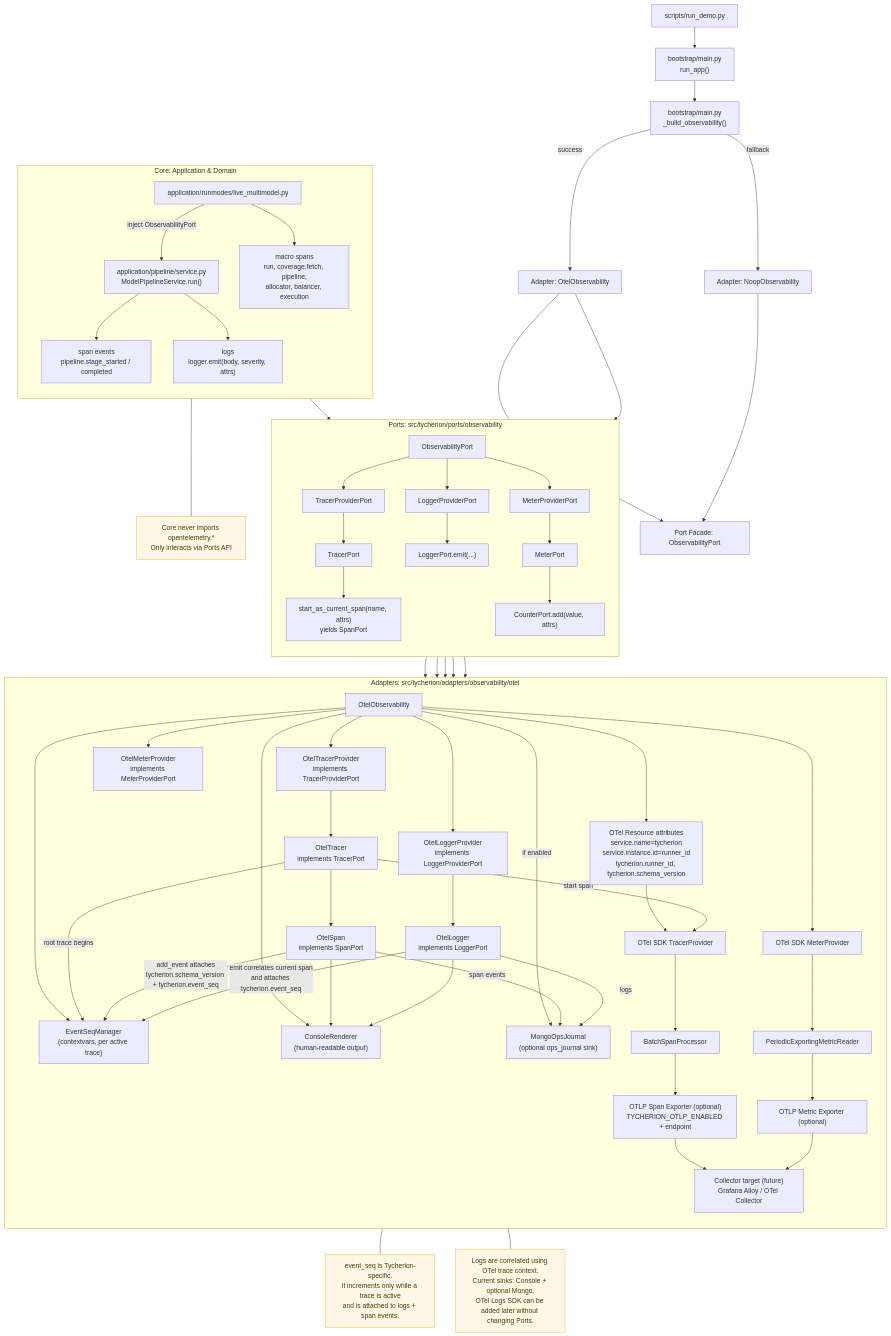
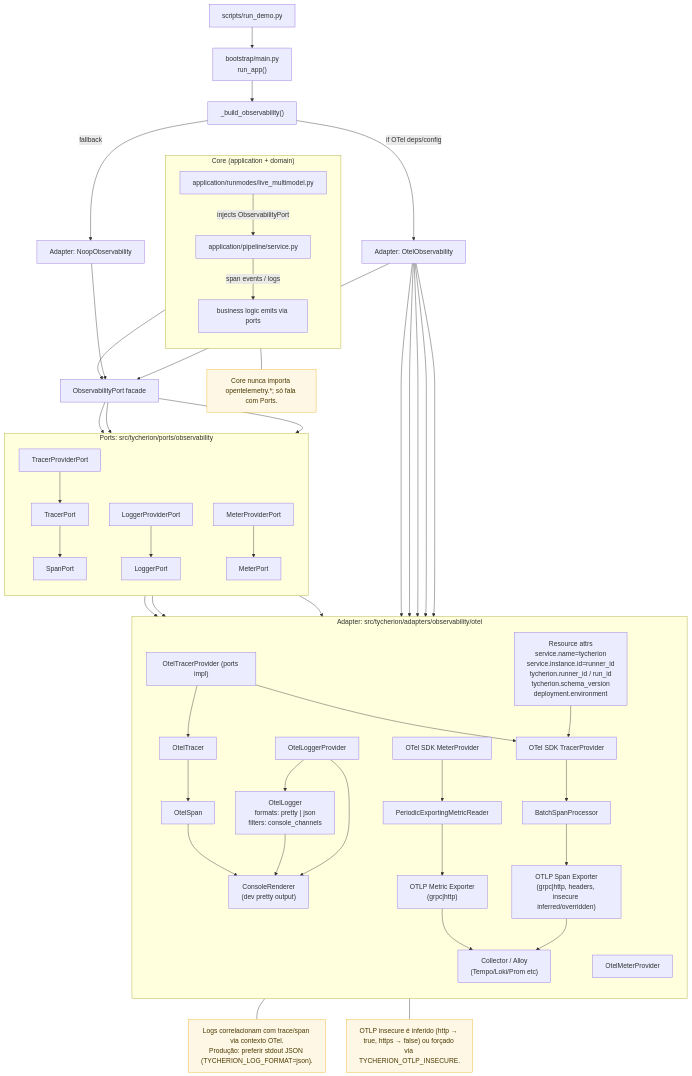
The diagram in tycherion_observability_flow.mmd (HenriqueCotta/Tycherion), drawn with Mermaid before and after one commit. The commit also changed 33 other files, not shown here.

```diff
--- a/tycherion_observability_flow.mmd
+++ b/tycherion_observability_flow.mmd
@@ -1,107 +1,72 @@
 ---
 id: eb18670e-f616-48e5-8b72-28a183db386f
 ---
 flowchart TD
+  %% High-level entry
   A["scripts/run_demo.py"] --> B["bootstrap/main.py<br/>run_app()"]
-  B --> C["bootstrap/main.py<br/>_build_observability()"]
-  C -->|success| D["Adapter: OtelObservability"]
+  B --> C["_build_observability()"]
+  C -->|if OTel deps/config| D["Adapter: OtelObservability"]
   C -->|fallback| Dn["Adapter: NoopObservability"]
-  D --> E["Port Facade: ObservabilityPort"]
-  Dn --> E
+  D --> OP["ObservabilityPort facade"]
+  Dn --> OP
 
-  subgraph CORE["Core: Application & Domain"]
+  %% Core layer (no OTel imports)
+  subgraph CORE["Core (application + domain)"]
     direction TB
-    R["application/runmodes/live_multimodel.py"] -->|inject ObservabilityPort| P["application/pipeline/service.py<br/>ModelPipelineService.run()"]
-    R --> S1["macro spans<br/>run, coverage.fetch, pipeline,<br/>allocator, balancer, execution"]
-    P --> S2["span events<br/>pipeline.stage_started / completed"]
-    P --> L1["logs<br/>logger.emit(body, severity, attrs)"]
+    R["application/runmodes/live_multimodel.py"] -->|injects ObservabilityPort| P["application/pipeline/service.py"]
+    P -->|"span events / logs"| ECORE["business logic emits via ports"]
   end
 
+  %% Ports (stable API)
   subgraph PORTS["Ports: src/tycherion/ports/observability"]
     direction TB
-    OP["ObservabilityPort"]
-    TP["TracerProviderPort"] --> T["TracerPort"] --> SC["start_as_current_span(name, attrs)<br/>yields SpanPort"]
-    LP["LoggerProviderPort"] --> LG["LoggerPort.emit(...)"]
-    MP["MeterProviderPort"] --> M["MeterPort"] --> CTR["CounterPort.add(value, attrs)"]
+    TP["TracerProviderPort"] --> T["TracerPort"] --> SC["SpanPort"]
+    LP["LoggerProviderPort"] --> LG["LoggerPort"]
+    MP["MeterProviderPort"] --> M["MeterPort"]
+  end
+  CORE --> OP
+  OP --> TP & LP & MP
+
+  %% OTel adapter
+  subgraph ADAPTER["Adapter: src/tycherion/adapters/observability/otel"]
+    direction TB
+    RES["Resource attrs<br/>service.name=tycherion<br/>service.instance.id=runner_id<br/>tycherion.runner_id / run_id<br/>tycherion.schema_version<br/>deployment.environment"]
+    SDKTP["OTel SDK TracerProvider"]
+    SDKMP["OTel SDK MeterProvider"]
+    WTP["OtelTracerProvider (ports impl)"] --> WT["OtelTracer"] --> WS["OtelSpan"]
+    WLP["OtelLoggerProvider"] --> WLG["OtelLogger<br/>formats: pretty | json<br/>filters: console_channels"]
+    WMP["OtelMeterProvider"]
+    CON["ConsoleRenderer<br/>(dev pretty output)"]
+    BSP["BatchSpanProcessor"]
+    PMR["PeriodicExportingMetricReader"]
+    OTLP_SPAN["OTLP Span Exporter<br/>(grpc|http, headers, insecure inferred/overridden)"]
+    OTLP_METRIC["OTLP Metric Exporter<br/>(grpc|http)"]
+    COL["Collector / Alloy<br/>(Tempo/Loki/Prom etc)"]
   end
 
-  CORE --> OP
-  OP --> TP
-  OP --> LP
-  OP --> MP
+  %% Wiring inside adapter
+  D --> RES --> SDKTP
+  D --> SDKMP
+  D --> WTP & WLP & WMP
+  WTP --> SDKTP
+  WLP --> CON
+  WLG --> CON
+  WS --> CON
+  SDKTP --> BSP --> OTLP_SPAN --> COL
+  SDKMP --> PMR --> OTLP_METRIC --> COL
 
-  subgraph ADAPTERS["Adapters: src/tycherion/adapters/observability/otel"]
-    direction TB
-
-    D1["OtelObservability"]
-    ES["EventSeqManager<br/>(contextvars, per active trace)"]
-    CON["ConsoleRenderer<br/>(human-readable output)"]
-    MONGO["MongoOpsJournal<br/>(optional ops_journal sink)"]
-
-    RES["OTel Resource attributes<br/>service.name=tycherion<br/>service.instance.id=runner_id<br/>tycherion.runner_id, tycherion.schema_version"]
-    SDKTP["OTel SDK TracerProvider"]
-    SDKMP["OTel SDK MeterProvider"]
-
-    WTP["OtelTracerProvider<br/>implements TracerProviderPort"]
-    WT["OtelTracer<br/>implements TracerPort"]
-    WS["OtelSpan<br/>implements SpanPort"]
-
-    WLP["OtelLoggerProvider<br/>implements LoggerProviderPort"]
-    WLG["OtelLogger<br/>implements LoggerPort"]
-
-    WMP["OtelMeterProvider<br/>implements MeterProviderPort"]
-
-    BSP["BatchSpanProcessor"]
-    OTLP["OTLP Span Exporter (optional)<br/>TYCHERION_OTLP_ENABLED + endpoint"]
-    COL["Collector target (future)<br/>Grafana Alloy / OTel Collector"]
-
-    PMR["PeriodicExportingMetricReader"]
-    OTLPm["OTLP Metric Exporter (optional)"]
-  end
-
-  %% Adapter wiring
-  D1 --> RES --> SDKTP
-  D1 --> SDKMP
-  D1 --> ES
-  D1 --> CON
-  D1 -->|if enabled| MONGO
-
-  %% Providers returned by facade
-  D --> OP
-  D1 --> WTP --> WT --> WS
-  D1 --> WLP --> WLG
-  D1 --> WMP
-
-  %% Core calls through ports
+  %% Core calls through ports -> adapter impl
   TP --> WTP
-  T --> WT
-  SC --> WS
-  LG --> WLG
-  M --> WMP
-
-  %% Trace + event_seq behavior
-  WT -->|start span| SDKTP
-  WT -->|root trace begins| ES
-  WS -->|add_event attaches<br/>tycherion.schema_version + tycherion.event_seq| ES
-  WLG -->|emit correlates current span<br/>and attaches tycherion.event_seq| ES
-
-  %% Fan-out
-  WS --> CON
-  WLG --> CON
-  WS -->|span events| MONGO
-  WLG -->|logs| MONGO
-
-  %% OTLP export (spans/metrics)
-  SDKTP --> BSP --> OTLP --> COL
-  SDKMP --> PMR --> OTLPm --> COL
+  LP --> WLP
+  MP --> WMP
 
   %% Notes
-  N1["Core never imports opentelemetry.*<br/>Only interacts via Ports API"]:::note
-  N2["Logs are correlated using OTel trace context.<br/>Current sinks: Console + optional Mongo.<br/>OTel Logs SDK can be added later without changing Ports."]:::note
-  N3["event_seq is Tycherion-specific.<br/>It increments only while a trace is active<br/>and is attached to logs + span events."]:::note
+  N1["Core nunca importa opentelemetry.*; só fala com Ports."]:::note
+  N2["Logs correlacionam com trace/span via contexto OTel.<br/>Produção: preferir stdout JSON (TYCHERION_LOG_FORMAT=json)."]:::note
+  N3["OTLP insecure é inferido (http → true, https → false) ou forçado via TYCHERION_OTLP_INSECURE."]:::note
 
   CORE --- N1
-  ADAPTERS --- N2
-  ES --- N3
+  ADAPTER --- N2
+  ADAPTER --- N3
 
   classDef note fill:#fff7e6,stroke:#f0b429,color:#4a3b00;
```
